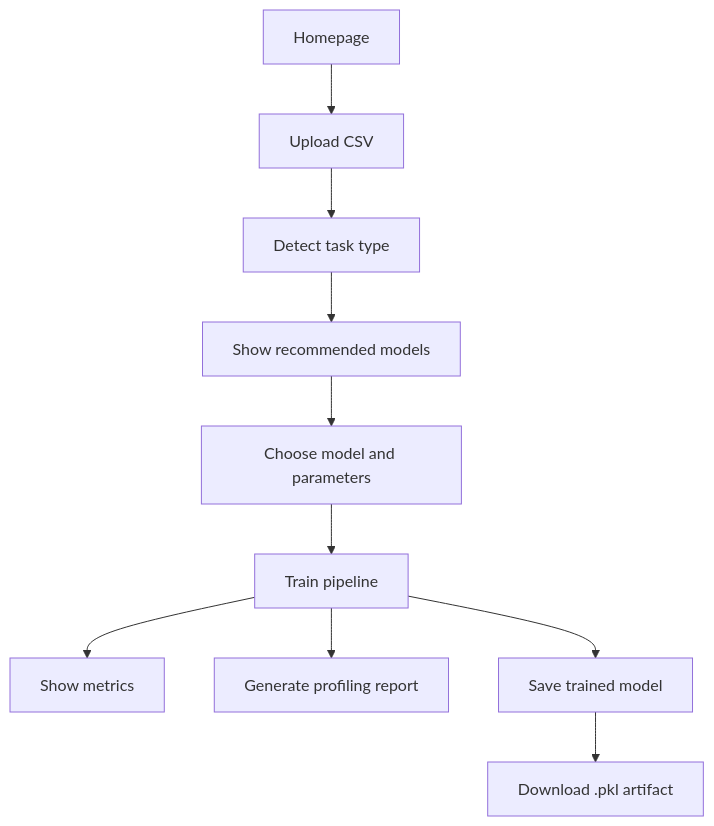
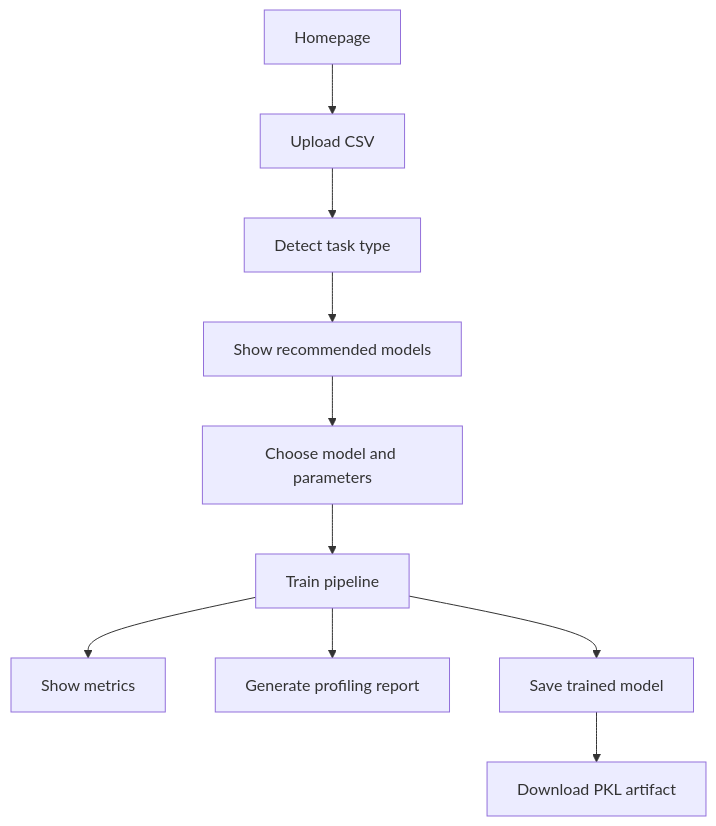
Before and after one commit to amaynagar/EasyTrain: the first of 3 diagrams in README.md, drawn with Mermaid. The commit also changed other lines of this file, not shown here.

````diff
--- a/README.md
+++ b/README.md
@@ -78,12 +78,12 @@
 ```mermaid
 flowchart TD
 	A[Homepage] --> B[Upload CSV]
 	B --> C[Detect task type]
 	C --> D[Show recommended models]
 	D --> E[Choose model and parameters]
 	E --> F[Train pipeline]
 	F --> G[Show metrics]
 	F --> H[Generate profiling report]
 	F --> I[Save trained model]
-	I --> J[Download .pkl artifact]
+	I --> J[Download PKL artifact]
 ```
````
